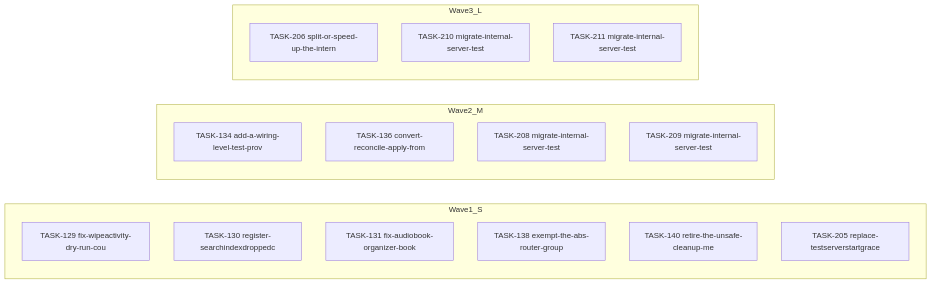
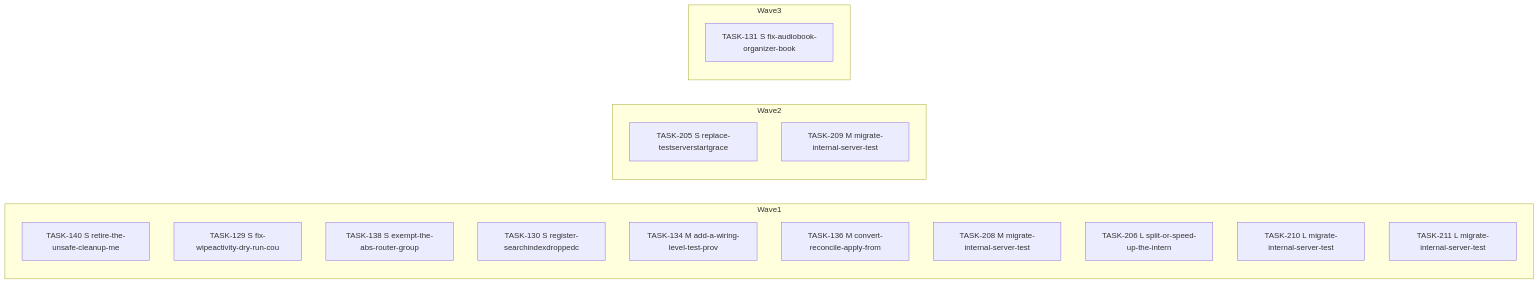
One commit to falkcorp/audiobook-organizer changed the diagram in docs/agent-tasks/todo-completion-2026-09/server/orchestration.md. Above: the diagram before and after it, drawn with Mermaid. The commit also changed other lines of this file and 270 other files, not shown here.

````diff
--- a/docs/agent-tasks/todo-completion-2026-09/server/orchestration.md
+++ b/docs/agent-tasks/todo-completion-2026-09/server/orchestration.md
@@ -10,22 +10,22 @@
 ```mermaid
 flowchart LR
-    subgraph Wave1_S
-      TASK129[TASK-129 fix-wipeactivity-dry-run-cou]
-      TASK130[TASK-130 register-searchindexdroppedc]
-      TASK131[TASK-131 fix-audiobook-organizer-book]
-      TASK138[TASK-138 exempt-the-abs-router-group]
-      TASK140[TASK-140 retire-the-unsafe-cleanup-me]
-      TASK205[TASK-205 replace-testserverstartgrace]
+    subgraph Wave1
+      TASK140[TASK-140 S retire-the-unsafe-cleanup-me]
+      TASK129[TASK-129 S fix-wipeactivity-dry-run-cou]
+      TASK138[TASK-138 S exempt-the-abs-router-group]
+      TASK130[TASK-130 S register-searchindexdroppedc]
+      TASK134[TASK-134 M add-a-wiring-level-test-prov]
+      TASK136[TASK-136 M convert-reconcile-apply-from]
+      TASK208[TASK-208 M migrate-internal-server-test]
+      TASK206[TASK-206 L split-or-speed-up-the-intern]
+      TASK210[TASK-210 L migrate-internal-server-test]
+      TASK211[TASK-211 L migrate-internal-server-test]
     end
-    subgraph Wave2_M
-      TASK134[TASK-134 add-a-wiring-level-test-prov]
-      TASK136[TASK-136 convert-reconcile-apply-from]
-      TASK208[TASK-208 migrate-internal-server-test]
-      TASK209[TASK-209 migrate-internal-server-test]
+    subgraph Wave2
+      TASK205[TASK-205 S replace-testserverstartgrace]
+      TASK209[TASK-209 M migrate-internal-server-test]
     end
-    subgraph Wave3_L
-      TASK206[TASK-206 split-or-speed-up-the-intern]
-      TASK210[TASK-210 migrate-internal-server-test]
-      TASK211[TASK-211 migrate-internal-server-test]
+    subgraph Wave3
+      TASK131[TASK-131 S fix-audiobook-organizer-book]
     end
 ```
````
